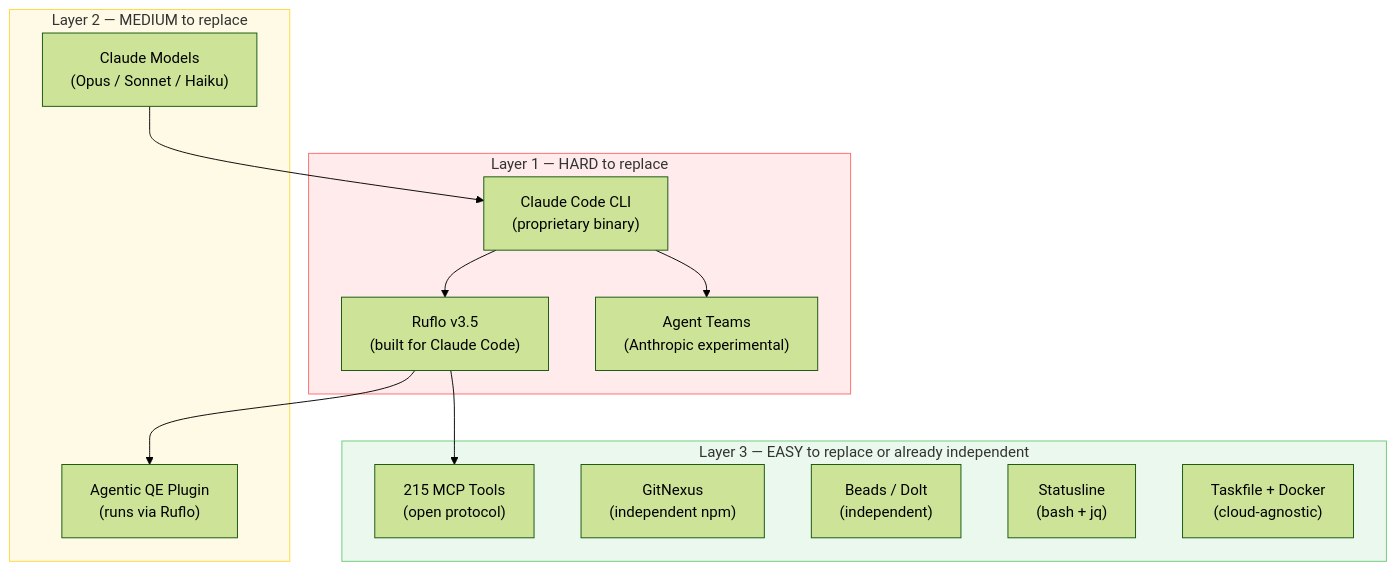
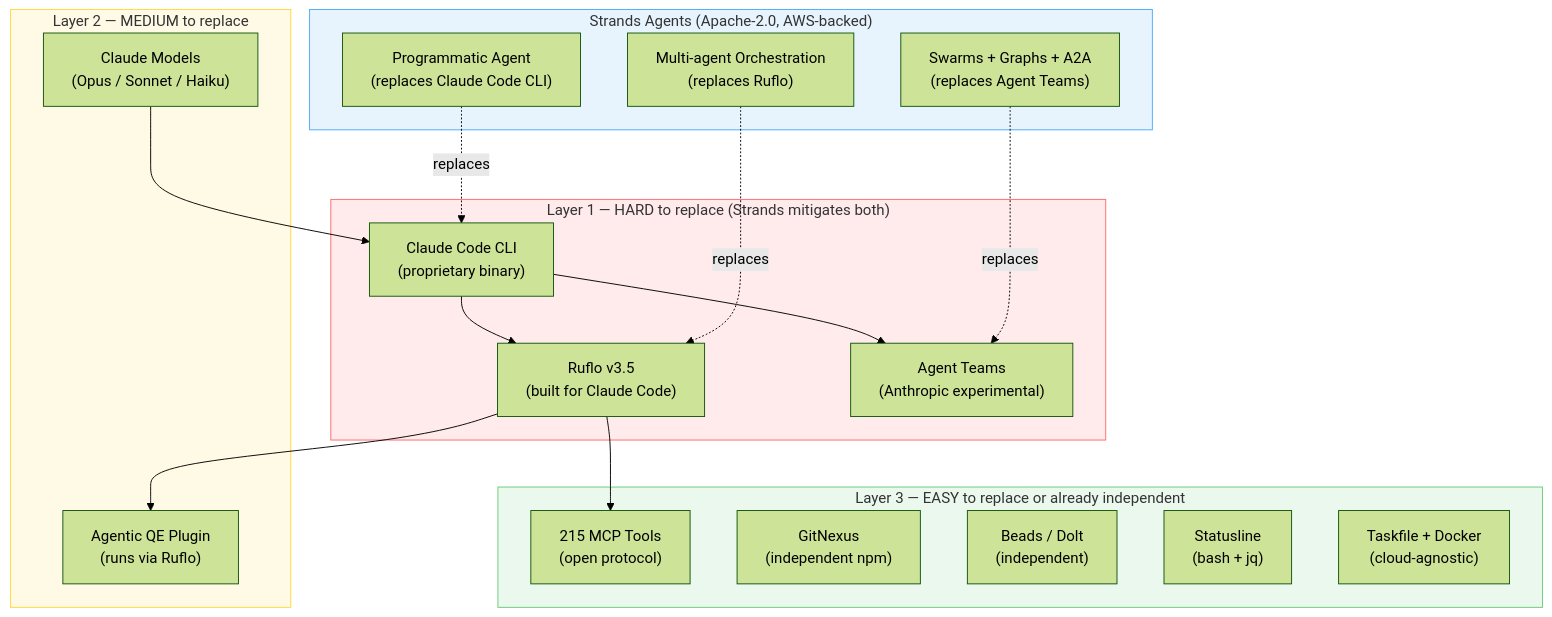
One commit to Walsen/turbo-flow changed the sixth of 7 diagrams in planning/turboflow-cloud-product-plan.md. Above: the diagram before and after it, drawn with Mermaid (forest theme). The commit also changed other lines of this file and 56 other files, not shown here.

First line of the commit message:
feat: Agent Adapter Interface + Strands Agents integration

````diff
--- a/planning/turboflow-cloud-product-plan.md
+++ b/planning/turboflow-cloud-product-plan.md
@@ -552,31 +616,42 @@
 ```mermaid
 graph TB
-    subgraph L1["Layer 1 — HARD to replace"]
+    subgraph L1["Layer 1 — HARD to replace (Strands mitigates both)"]
         CC["Claude Code CLI\n(proprietary binary)"]
         RF["Ruflo v3.5\n(built for Claude Code)"]
         AT["Agent Teams\n(Anthropic experimental)"]
+    end
+
+    subgraph SA["Strands Agents (Apache-2.0, AWS-backed)"]
+        SA_AGENT["Programmatic Agent\n(replaces Claude Code CLI)"]
+        SA_ORCH["Multi-agent Orchestration\n(replaces Ruflo)"]
+        SA_MULTI["Swarms + Graphs + A2A\n(replaces Agent Teams)"]
     end
 
     subgraph L2["Layer 2 — MEDIUM to replace"]
         CM["Claude Models\n(Opus / Sonnet / Haiku)"]
         AQE["Agentic QE Plugin\n(runs via Ruflo)"]
     end
 
     subgraph L3["Layer 3 — EASY to replace or already independent"]
         MCP["215 MCP Tools\n(open protocol)"]
         GNX["GitNexus\n(independent npm)"]
         BD["Beads / Dolt\n(independent)"]
         SL["Statusline\n(bash + jq)"]
         TF["Taskfile + Docker\n(cloud-agnostic)"]
     end
 
     CC --> RF
     RF --> AQE
     CC --> AT
     CM --> CC
     RF --> MCP
 
+    SA_AGENT -.->|"replaces"| CC
+    SA_ORCH -.->|"replaces"| RF
+    SA_MULTI -.->|"replaces"| AT
+
     style L1 fill:#ff6b6b22,stroke:#ff6b6b
+    style SA fill:#4dabf722,stroke:#4dabf7
     style L2 fill:#ffd93d22,stroke:#ffd93d
     style L3 fill:#6bcb7722,stroke:#6bcb77
 ```
````
